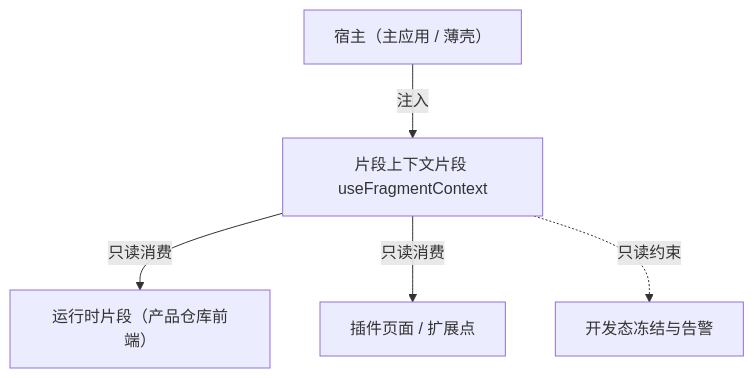
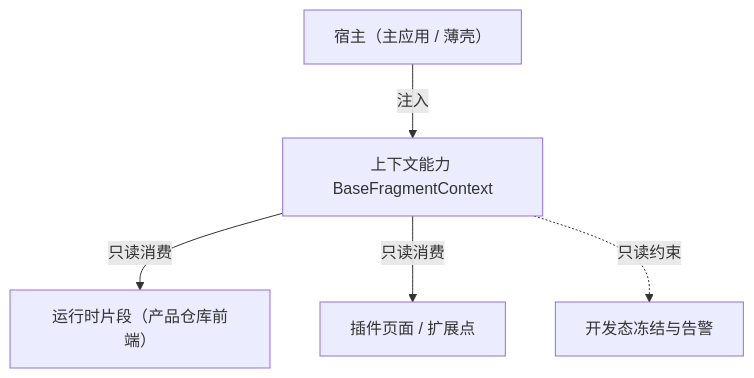
Before and after one commit to minjian123/basic-management-system: the diagram in bms文档/设计/组件设计/02_基础组件类/02_能力片段/31_组件设计_片段上下文片段/31_组件设计_片段上下文片段.md, drawn with Mermaid. The commit also changed other lines of this file and 49 other files, not shown here.

````diff
--- a/bms文档/设计/组件设计/02_基础组件类/02_能力片段/31_组件设计_片段上下文片段/31_组件设计_片段上下文片段.md
+++ b/bms文档/设计/组件设计/02_基础组件类/02_能力片段/31_组件设计_片段上下文片段/31_组件设计_片段上下文片段.md
@@ -15,7 +15,7 @@
 ```mermaid
 flowchart TD
-    H["宿主（主应用 / 薄壳）"] -->|注入| FC["片段上下文片段 useFragmentContext"]
+    H["宿主（主应用 / 薄壳）"] -->|注入| FC["上下文能力 BaseFragmentContext"]
     FC -->|只读消费| F1["运行时片段（产品仓库前端）"]
     FC -->|只读消费| F2["插件页面 / 扩展点"]
     FC -. 只读约束 .-> G["开发态冻结与告警"]
 ```
````
